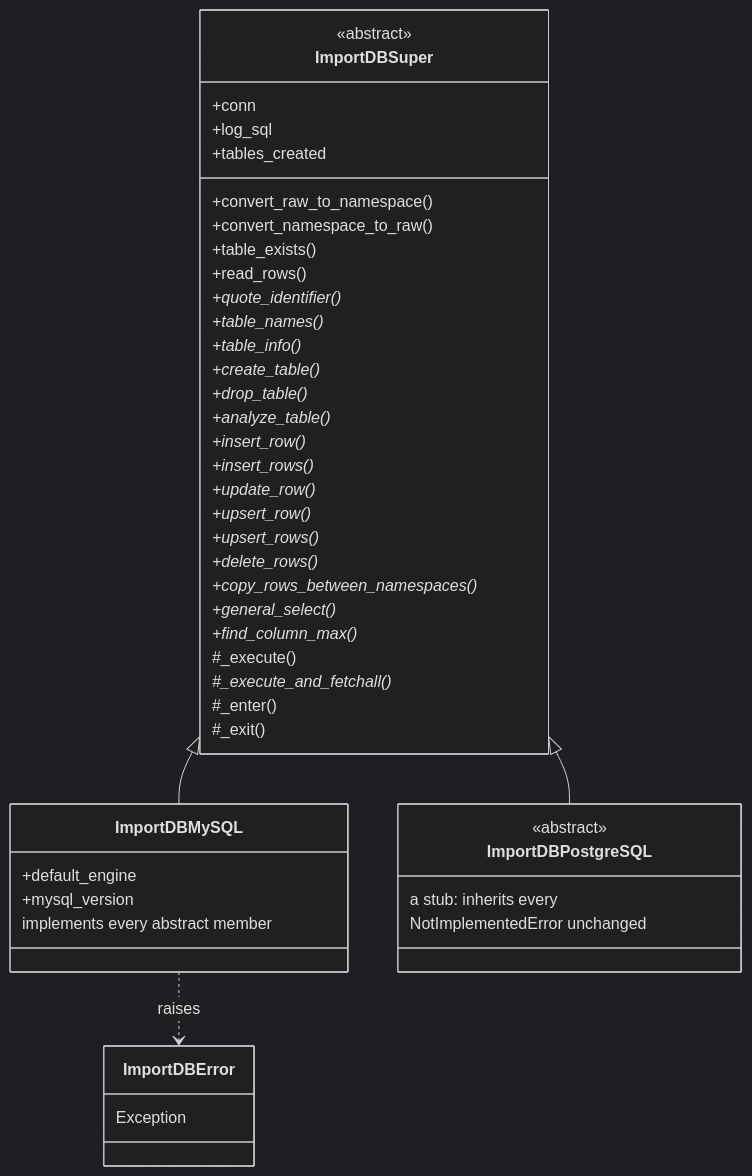
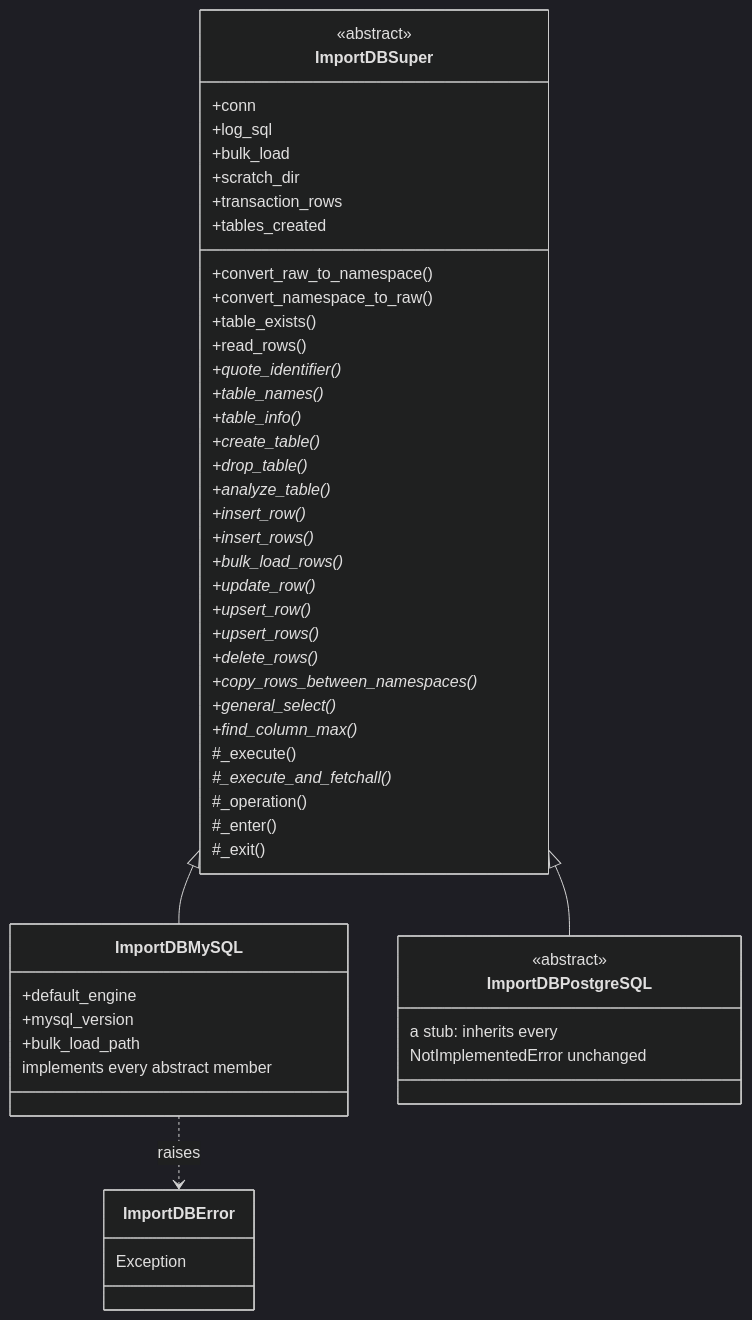
One commit to SETI/rms-opus changed the diagram in docs/dev_guide_import_db.rst. Above: the diagram before and after it, drawn with Mermaid (dark theme). The commit also changed other lines of this file and 22 other files, not shown here.

First line of the commit message:
feat: bulk write path for the import's observation rows

```diff
--- a/docs/dev_guide_import_db.rst
+++ b/docs/dev_guide_import_db.rst
@@ -25,50 +25,56 @@
 .. mermaid::
     :zoom:
 
     classDiagram
         class ImportDBSuper {
             <<abstract>>
             +conn
             +log_sql
+            +bulk_load
+            +scratch_dir
+            +transaction_rows
             +tables_created
             +convert_raw_to_namespace()
             +convert_namespace_to_raw()
             +table_exists()
             +read_rows()
             +quote_identifier()*
             +table_names()*
             +table_info()*
             +create_table()*
             +drop_table()*
             +analyze_table()*
             +insert_row()*
             +insert_rows()*
+            +bulk_load_rows()*
             +update_row()*
             +upsert_row()*
             +upsert_rows()*
             +delete_rows()*
             +copy_rows_between_namespaces()*
             +general_select()*
             +find_column_max()*
             #_execute()
             #_execute_and_fetchall()*
+            #_operation()
             #_enter()
             #_exit()
         }
         class ImportDBMySQL {
             +default_engine
             +mysql_version
+            +bulk_load_path
             implements every abstract member
         }
         class ImportDBPostgreSQL {
             <<abstract>>
             a stub: inherits every
             NotImplementedError unchanged
         }
         class ImportDBError {
             Exception
         }
 
         ImportDBSuper <|-- ImportDBMySQL
         ImportDBSuper <|-- ImportDBPostgreSQL
         ImportDBMySQL ..> ImportDBError : raises
```
